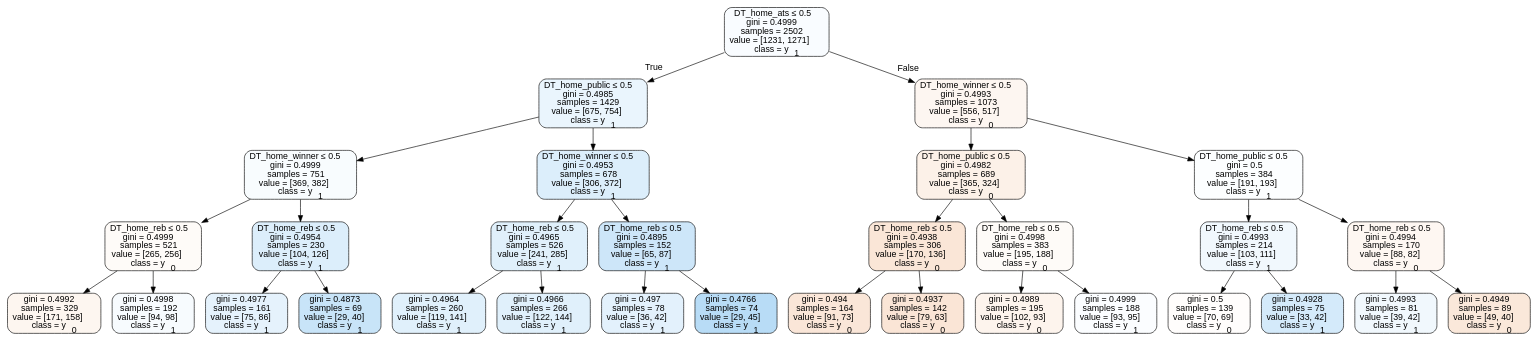
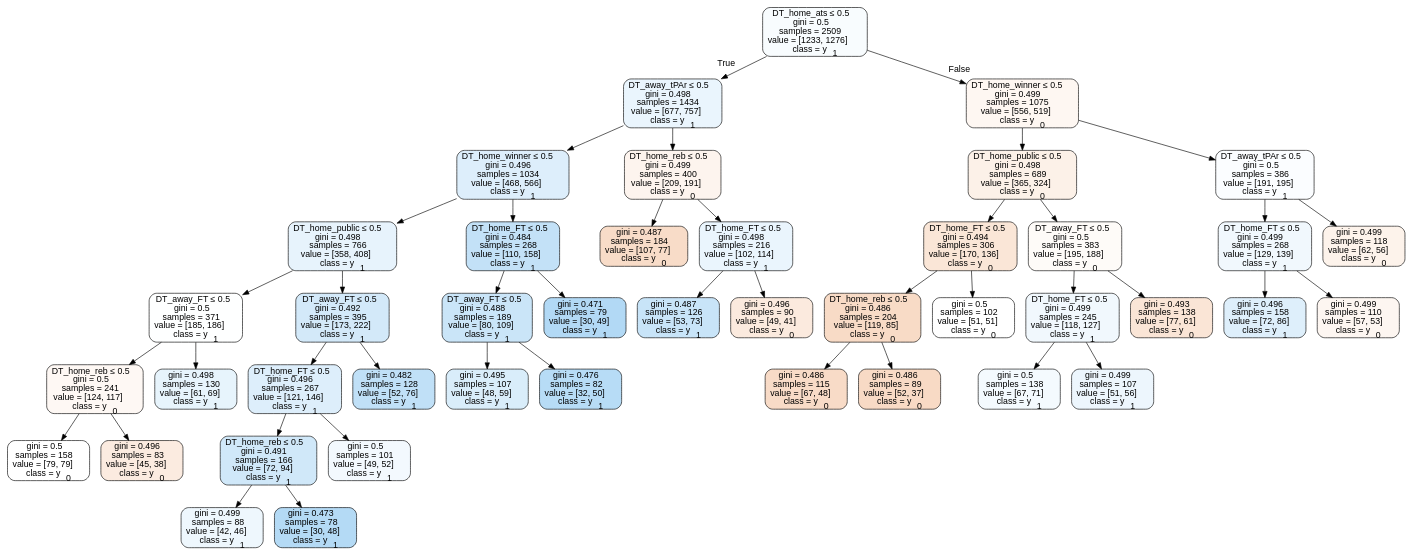
One commit to usbogie/ncaa-bets changed the diagram in Basketball/data/trees/tree2013neutral.dot. Above: the diagram before and after it, drawn with Graphviz. The commit also changed 35 other files, not shown here.

```diff
--- a/Basketball/data/trees/tree2013neutral.dot
+++ b/Basketball/data/trees/tree2013neutral.dot
@@ -1,65 +1,89 @@
 digraph Tree {
 node [shape=box, style="filled, rounded", color="black", fontname=helvetica] ;
 edge [fontname=helvetica] ;
-0 [label=<DT_home_ats &le; 0.5<br/>gini = 0.4999<br/>samples = 2502<br/>value = [1231, 1271]<br/>class = y<SUB>1</SUB>>, fillcolor="#399de508"] ;
-1 [label=<DT_home_public &le; 0.5<br/>gini = 0.4985<br/>samples = 1429<br/>value = [675, 754]<br/>class = y<SUB>1</SUB>>, fillcolor="#399de51b"] ;
+0 [label=<DT_home_ats &le; 0.5<br/>gini = 0.5<br/>samples = 2509<br/>value = [1233, 1276]<br/>class = y<SUB>1</SUB>>, fillcolor="#399de509"] ;
+1 [label=<DT_away_tPAr &le; 0.5<br/>gini = 0.498<br/>samples = 1434<br/>value = [677, 757]<br/>class = y<SUB>1</SUB>>, fillcolor="#399de51b"] ;
 0 -> 1 [labeldistance=2.5, labelangle=45, headlabel="True"] ;
-2 [label=<DT_home_winner &le; 0.5<br/>gini = 0.4999<br/>samples = 751<br/>value = [369, 382]<br/>class = y<SUB>1</SUB>>, fillcolor="#399de509"] ;
+2 [label=<DT_home_winner &le; 0.5<br/>gini = 0.496<br/>samples = 1034<br/>value = [468, 566]<br/>class = y<SUB>1</SUB>>, fillcolor="#399de52c"] ;
 1 -> 2 ;
-3 [label=<DT_home_reb &le; 0.5<br/>gini = 0.4999<br/>samples = 521<br/>value = [265, 256]<br/>class = y<SUB>0</SUB>>, fillcolor="#e5813909"] ;
+3 [label=<DT_home_public &le; 0.5<br/>gini = 0.498<br/>samples = 766<br/>value = [358, 408]<br/>class = y<SUB>1</SUB>>, fillcolor="#399de51f"] ;
 2 -> 3 ;
-4 [label=<gini = 0.4992<br/>samples = 329<br/>value = [171, 158]<br/>class = y<SUB>0</SUB>>, fillcolor="#e5813913"] ;
+4 [label=<DT_away_FT &le; 0.5<br/>gini = 0.5<br/>samples = 371<br/>value = [185, 186]<br/>class = y<SUB>1</SUB>>, fillcolor="#399de501"] ;
 3 -> 4 ;
-5 [label=<gini = 0.4998<br/>samples = 192<br/>value = [94, 98]<br/>class = y<SUB>1</SUB>>, fillcolor="#399de50a"] ;
-3 -> 5 ;
-6 [label=<DT_home_reb &le; 0.5<br/>gini = 0.4954<br/>samples = 230<br/>value = [104, 126]<br/>class = y<SUB>1</SUB>>, fillcolor="#399de52d"] ;
-2 -> 6 ;
-7 [label=<gini = 0.4977<br/>samples = 161<br/>value = [75, 86]<br/>class = y<SUB>1</SUB>>, fillcolor="#399de521"] ;
-6 -> 7 ;
-8 [label=<gini = 0.4873<br/>samples = 69<br/>value = [29, 40]<br/>class = y<SUB>1</SUB>>, fillcolor="#399de546"] ;
-6 -> 8 ;
-9 [label=<DT_home_winner &le; 0.5<br/>gini = 0.4953<br/>samples = 678<br/>value = [306, 372]<br/>class = y<SUB>1</SUB>>, fillcolor="#399de52d"] ;
-1 -> 9 ;
-10 [label=<DT_home_reb &le; 0.5<br/>gini = 0.4965<br/>samples = 526<br/>value = [241, 285]<br/>class = y<SUB>1</SUB>>, fillcolor="#399de527"] ;
+5 [label=<DT_home_reb &le; 0.5<br/>gini = 0.5<br/>samples = 241<br/>value = [124, 117]<br/>class = y<SUB>0</SUB>>, fillcolor="#e581390e"] ;
+4 -> 5 ;
+6 [label=<gini = 0.5<br/>samples = 158<br/>value = [79, 79]<br/>class = y<SUB>0</SUB>>, fillcolor="#e5813900"] ;
+5 -> 6 ;
+7 [label=<gini = 0.496<br/>samples = 83<br/>value = [45, 38]<br/>class = y<SUB>0</SUB>>, fillcolor="#e5813928"] ;
+5 -> 7 ;
+8 [label=<gini = 0.498<br/>samples = 130<br/>value = [61, 69]<br/>class = y<SUB>1</SUB>>, fillcolor="#399de51e"] ;
+4 -> 8 ;
+9 [label=<DT_away_FT &le; 0.5<br/>gini = 0.492<br/>samples = 395<br/>value = [173, 222]<br/>class = y<SUB>1</SUB>>, fillcolor="#399de538"] ;
+3 -> 9 ;
+10 [label=<DT_home_FT &le; 0.5<br/>gini = 0.496<br/>samples = 267<br/>value = [121, 146]<br/>class = y<SUB>1</SUB>>, fillcolor="#399de52c"] ;
 9 -> 10 ;
-11 [label=<gini = 0.4964<br/>samples = 260<br/>value = [119, 141]<br/>class = y<SUB>1</SUB>>, fillcolor="#399de528"] ;
+11 [label=<DT_home_reb &le; 0.5<br/>gini = 0.491<br/>samples = 166<br/>value = [72, 94]<br/>class = y<SUB>1</SUB>>, fillcolor="#399de53c"] ;
 10 -> 11 ;
-12 [label=<gini = 0.4966<br/>samples = 266<br/>value = [122, 144]<br/>class = y<SUB>1</SUB>>, fillcolor="#399de527"] ;
-10 -> 12 ;
-13 [label=<DT_home_reb &le; 0.5<br/>gini = 0.4895<br/>samples = 152<br/>value = [65, 87]<br/>class = y<SUB>1</SUB>>, fillcolor="#399de540"] ;
-9 -> 13 ;
-14 [label=<gini = 0.497<br/>samples = 78<br/>value = [36, 42]<br/>class = y<SUB>1</SUB>>, fillcolor="#399de524"] ;
-13 -> 14 ;
-15 [label=<gini = 0.4766<br/>samples = 74<br/>value = [29, 45]<br/>class = y<SUB>1</SUB>>, fillcolor="#399de55b"] ;
-13 -> 15 ;
-16 [label=<DT_home_winner &le; 0.5<br/>gini = 0.4993<br/>samples = 1073<br/>value = [556, 517]<br/>class = y<SUB>0</SUB>>, fillcolor="#e5813912"] ;
-0 -> 16 [labeldistance=2.5, labelangle=-45, headlabel="False"] ;
-17 [label=<DT_home_public &le; 0.5<br/>gini = 0.4982<br/>samples = 689<br/>value = [365, 324]<br/>class = y<SUB>0</SUB>>, fillcolor="#e581391d"] ;
+12 [label=<gini = 0.499<br/>samples = 88<br/>value = [42, 46]<br/>class = y<SUB>1</SUB>>, fillcolor="#399de516"] ;
+11 -> 12 ;
+13 [label=<gini = 0.473<br/>samples = 78<br/>value = [30, 48]<br/>class = y<SUB>1</SUB>>, fillcolor="#399de560"] ;
+11 -> 13 ;
+14 [label=<gini = 0.5<br/>samples = 101<br/>value = [49, 52]<br/>class = y<SUB>1</SUB>>, fillcolor="#399de50f"] ;
+10 -> 14 ;
+15 [label=<gini = 0.482<br/>samples = 128<br/>value = [52, 76]<br/>class = y<SUB>1</SUB>>, fillcolor="#399de551"] ;
+9 -> 15 ;
+16 [label=<DT_home_FT &le; 0.5<br/>gini = 0.484<br/>samples = 268<br/>value = [110, 158]<br/>class = y<SUB>1</SUB>>, fillcolor="#399de54d"] ;
+2 -> 16 ;
+17 [label=<DT_away_FT &le; 0.5<br/>gini = 0.488<br/>samples = 189<br/>value = [80, 109]<br/>class = y<SUB>1</SUB>>, fillcolor="#399de544"] ;
 16 -> 17 ;
-18 [label=<DT_home_reb &le; 0.5<br/>gini = 0.4938<br/>samples = 306<br/>value = [170, 136]<br/>class = y<SUB>0</SUB>>, fillcolor="#e5813933"] ;
+18 [label=<gini = 0.495<br/>samples = 107<br/>value = [48, 59]<br/>class = y<SUB>1</SUB>>, fillcolor="#399de530"] ;
 17 -> 18 ;
-19 [label=<gini = 0.494<br/>samples = 164<br/>value = [91, 73]<br/>class = y<SUB>0</SUB>>, fillcolor="#e5813932"] ;
-18 -> 19 ;
-20 [label=<gini = 0.4937<br/>samples = 142<br/>value = [79, 63]<br/>class = y<SUB>0</SUB>>, fillcolor="#e5813934"] ;
-18 -> 20 ;
-21 [label=<DT_home_reb &le; 0.5<br/>gini = 0.4998<br/>samples = 383<br/>value = [195, 188]<br/>class = y<SUB>0</SUB>>, fillcolor="#e5813909"] ;
-17 -> 21 ;
-22 [label=<gini = 0.4989<br/>samples = 195<br/>value = [102, 93]<br/>class = y<SUB>0</SUB>>, fillcolor="#e5813917"] ;
+19 [label=<gini = 0.476<br/>samples = 82<br/>value = [32, 50]<br/>class = y<SUB>1</SUB>>, fillcolor="#399de55c"] ;
+17 -> 19 ;
+20 [label=<gini = 0.471<br/>samples = 79<br/>value = [30, 49]<br/>class = y<SUB>1</SUB>>, fillcolor="#399de563"] ;
+16 -> 20 ;
+21 [label=<DT_home_reb &le; 0.5<br/>gini = 0.499<br/>samples = 400<br/>value = [209, 191]<br/>class = y<SUB>0</SUB>>, fillcolor="#e5813916"] ;
+1 -> 21 ;
+22 [label=<gini = 0.487<br/>samples = 184<br/>value = [107, 77]<br/>class = y<SUB>0</SUB>>, fillcolor="#e5813947"] ;
 21 -> 22 ;
-23 [label=<gini = 0.4999<br/>samples = 188<br/>value = [93, 95]<br/>class = y<SUB>1</SUB>>, fillcolor="#399de505"] ;
+23 [label=<DT_home_FT &le; 0.5<br/>gini = 0.498<br/>samples = 216<br/>value = [102, 114]<br/>class = y<SUB>1</SUB>>, fillcolor="#399de51b"] ;
 21 -> 23 ;
-24 [label=<DT_home_public &le; 0.5<br/>gini = 0.5<br/>samples = 384<br/>value = [191, 193]<br/>class = y<SUB>1</SUB>>, fillcolor="#399de503"] ;
-16 -> 24 ;
-25 [label=<DT_home_reb &le; 0.5<br/>gini = 0.4993<br/>samples = 214<br/>value = [103, 111]<br/>class = y<SUB>1</SUB>>, fillcolor="#399de512"] ;
-24 -> 25 ;
-26 [label=<gini = 0.5<br/>samples = 139<br/>value = [70, 69]<br/>class = y<SUB>0</SUB>>, fillcolor="#e5813904"] ;
-25 -> 26 ;
-27 [label=<gini = 0.4928<br/>samples = 75<br/>value = [33, 42]<br/>class = y<SUB>1</SUB>>, fillcolor="#399de537"] ;
-25 -> 27 ;
-28 [label=<DT_home_reb &le; 0.5<br/>gini = 0.4994<br/>samples = 170<br/>value = [88, 82]<br/>class = y<SUB>0</SUB>>, fillcolor="#e5813911"] ;
-24 -> 28 ;
-29 [label=<gini = 0.4993<br/>samples = 81<br/>value = [39, 42]<br/>class = y<SUB>1</SUB>>, fillcolor="#399de512"] ;
+24 [label=<gini = 0.487<br/>samples = 126<br/>value = [53, 73]<br/>class = y<SUB>1</SUB>>, fillcolor="#399de546"] ;
+23 -> 24 ;
+25 [label=<gini = 0.496<br/>samples = 90<br/>value = [49, 41]<br/>class = y<SUB>0</SUB>>, fillcolor="#e581392a"] ;
+23 -> 25 ;
+26 [label=<DT_home_winner &le; 0.5<br/>gini = 0.499<br/>samples = 1075<br/>value = [556, 519]<br/>class = y<SUB>0</SUB>>, fillcolor="#e5813911"] ;
+0 -> 26 [labeldistance=2.5, labelangle=-45, headlabel="False"] ;
+27 [label=<DT_home_public &le; 0.5<br/>gini = 0.498<br/>samples = 689<br/>value = [365, 324]<br/>class = y<SUB>0</SUB>>, fillcolor="#e581391d"] ;
+26 -> 27 ;
+28 [label=<DT_home_FT &le; 0.5<br/>gini = 0.494<br/>samples = 306<br/>value = [170, 136]<br/>class = y<SUB>0</SUB>>, fillcolor="#e5813933"] ;
+27 -> 28 ;
+29 [label=<DT_home_reb &le; 0.5<br/>gini = 0.486<br/>samples = 204<br/>value = [119, 85]<br/>class = y<SUB>0</SUB>>, fillcolor="#e5813949"] ;
 28 -> 29 ;
-30 [label=<gini = 0.4949<br/>samples = 89<br/>value = [49, 40]<br/>class = y<SUB>0</SUB>>, fillcolor="#e581392f"] ;
-28 -> 30 ;
+30 [label=<gini = 0.486<br/>samples = 115<br/>value = [67, 48]<br/>class = y<SUB>0</SUB>>, fillcolor="#e5813948"] ;
+29 -> 30 ;
+31 [label=<gini = 0.486<br/>samples = 89<br/>value = [52, 37]<br/>class = y<SUB>0</SUB>>, fillcolor="#e581394a"] ;
+29 -> 31 ;
+32 [label=<gini = 0.5<br/>samples = 102<br/>value = [51, 51]<br/>class = y<SUB>0</SUB>>, fillcolor="#e5813900"] ;
+28 -> 32 ;
+33 [label=<DT_away_FT &le; 0.5<br/>gini = 0.5<br/>samples = 383<br/>value = [195, 188]<br/>class = y<SUB>0</SUB>>, fillcolor="#e5813909"] ;
+27 -> 33 ;
+34 [label=<DT_home_FT &le; 0.5<br/>gini = 0.499<br/>samples = 245<br/>value = [118, 127]<br/>class = y<SUB>1</SUB>>, fillcolor="#399de512"] ;
+33 -> 34 ;
+35 [label=<gini = 0.5<br/>samples = 138<br/>value = [67, 71]<br/>class = y<SUB>1</SUB>>, fillcolor="#399de50e"] ;
+34 -> 35 ;
+36 [label=<gini = 0.499<br/>samples = 107<br/>value = [51, 56]<br/>class = y<SUB>1</SUB>>, fillcolor="#399de517"] ;
+34 -> 36 ;
+37 [label=<gini = 0.493<br/>samples = 138<br/>value = [77, 61]<br/>class = y<SUB>0</SUB>>, fillcolor="#e5813935"] ;
+33 -> 37 ;
+38 [label=<DT_away_tPAr &le; 0.5<br/>gini = 0.5<br/>samples = 386<br/>value = [191, 195]<br/>class = y<SUB>1</SUB>>, fillcolor="#399de505"] ;
+26 -> 38 ;
+39 [label=<DT_home_FT &le; 0.5<br/>gini = 0.499<br/>samples = 268<br/>value = [129, 139]<br/>class = y<SUB>1</SUB>>, fillcolor="#399de512"] ;
+38 -> 39 ;
+40 [label=<gini = 0.496<br/>samples = 158<br/>value = [72, 86]<br/>class = y<SUB>1</SUB>>, fillcolor="#399de52a"] ;
+39 -> 40 ;
+41 [label=<gini = 0.499<br/>samples = 110<br/>value = [57, 53]<br/>class = y<SUB>0</SUB>>, fillcolor="#e5813912"] ;
+39 -> 41 ;
+42 [label=<gini = 0.499<br/>samples = 118<br/>value = [62, 56]<br/>class = y<SUB>0</SUB>>, fillcolor="#e5813919"] ;
+38 -> 42 ;
 }
```
